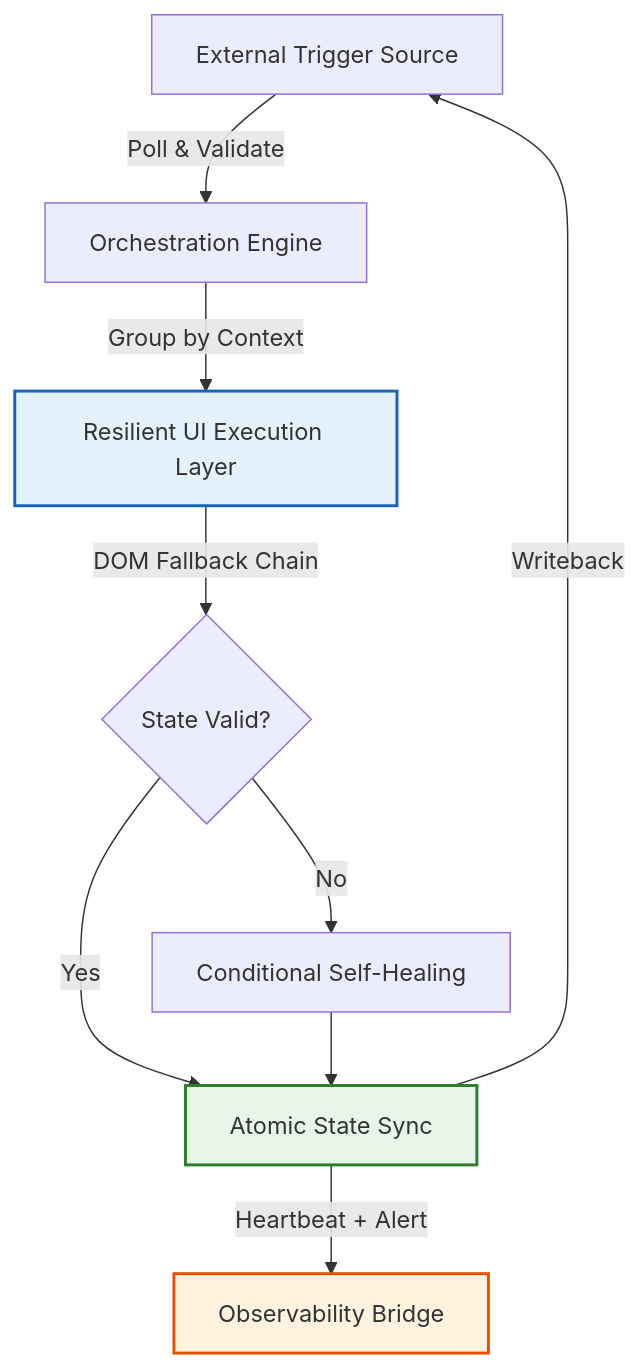
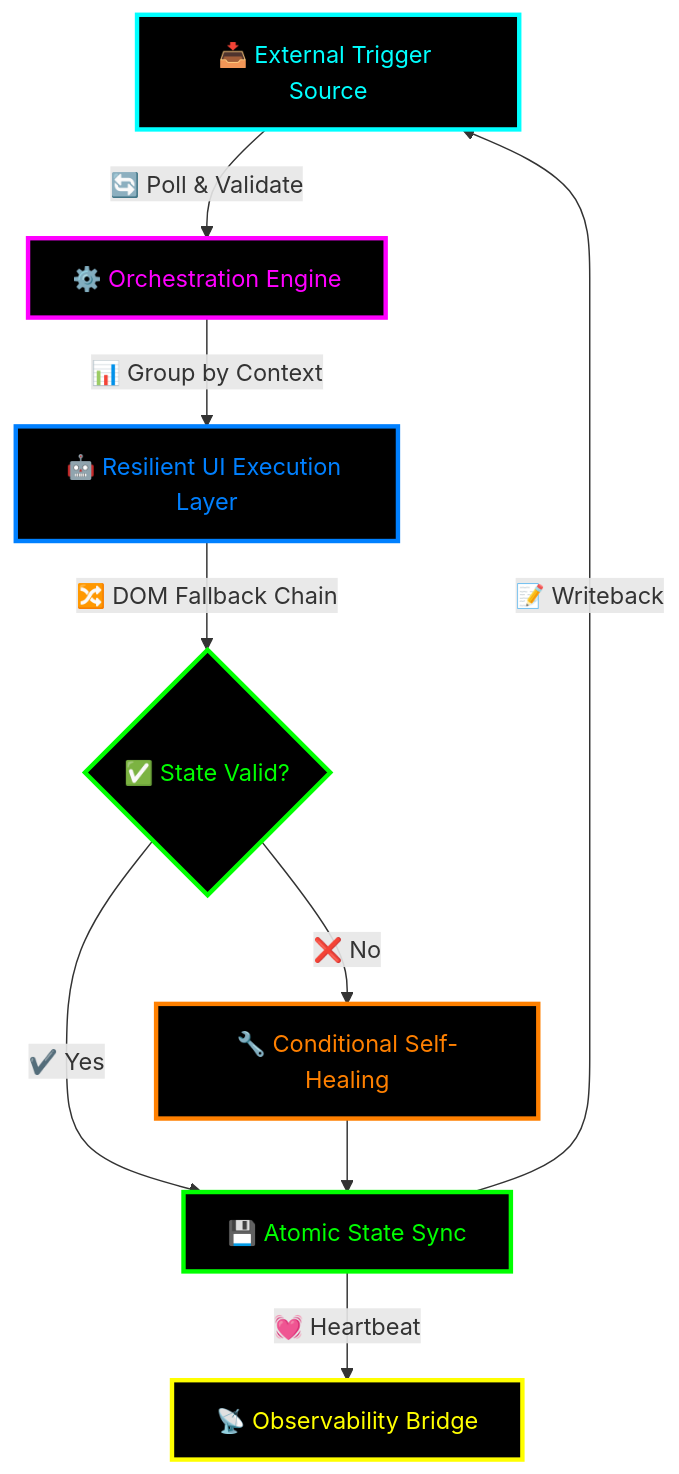
One commit to normalpeople113/resilient-ui-orchestration-pattern changed the diagram in diagrams/architecture.mmd. Above: the diagram before and after it, drawn with Mermaid.

Commit message:
Enhance architecture diagram with icons and colors

```diff
--- a/diagrams/architecture.mmd
+++ b/diagrams/architecture.mmd
@@ -1,13 +1,17 @@
 flowchart TD
-    A[External Trigger Source] -->|Poll & Validate| B[Orchestration Engine]
-    B -->|Group by Context| C[Resilient UI Execution Layer]
-    C -->|DOM Fallback Chain| D{State Valid?}
-    D -->|No| E[Conditional Self-Healing]
-    D -->|Yes| F[Atomic State Sync]
+    A["📥 External Trigger Source"] -->|"🔄 Poll & Validate"| B["⚙️ Orchestration Engine"]
+    B -->|"📊 Group by Context"| C["🤖 Resilient UI Execution Layer"]
+    C -->|"🔀 DOM Fallback Chain"| D{"✅ State Valid?"}
+    D -->|"❌ No"| E["🔧 Conditional Self-Healing"]
+    D -->|"✔️ Yes"| F["💾 Atomic State Sync"]
     E --> F
-    F -->|Writeback| A
-    F -->|Heartbeat + Alert| G[Observability Bridge]
+    F -->|"📝 Writeback"| A
+    F -->|"💓 Heartbeat"| G["📡 Observability Bridge"]
     
-    style C fill:#e3f2fd,stroke:#1565c0,stroke-width:2px
-    style F fill:#e8f5e9,stroke:#2e7d32,stroke-width:2px
-    style G fill:#fff3e0,stroke:#e65100,stroke-width:2px
+    style A fill:#000000,stroke:#00ffff,stroke-width:3px,color:#00ffff
+    style B fill:#000000,stroke:#ff00ff,stroke-width:3px,color:#ff00ff
+    style C fill:#000000,stroke:#0080ff,stroke-width:3px,color:#0080ff
+    style D fill:#000000,stroke:#00ff00,stroke-width:3px,color:#00ff00
+    style E fill:#000000,stroke:#ff8000,stroke-width:3px,color:#ff8000
+    style F fill:#000000,stroke:#00ff00,stroke-width:3px,color:#00ff00
+    style G fill:#000000,stroke:#ffff00,stroke-width:3px,color:#ffff00
```
